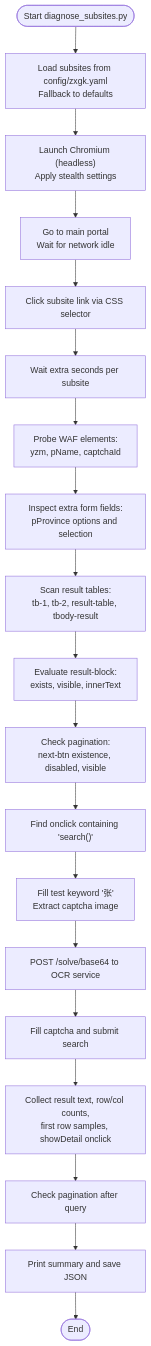
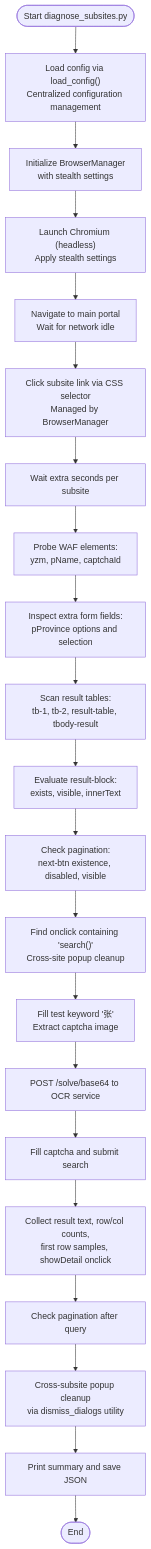
The third of 8 diagrams in .qoder/repowiki/en/content/System Diagnostics.md (supotato-ipj/zxgk_auto_query-skill), drawn with Mermaid before and after one commit. The commit also changed other lines of this file and 24 other files, not shown here.

````diff
--- a/.qoder/repowiki/en/content/System Diagnostics.md
+++ b/.qoder/repowiki/en/content/System Diagnostics.md
@@ -160,21 +182,23 @@
 ```mermaid
 flowchart TD
-Start(["Start diagnose_subsites.py"]) --> LoadCfg["Load subsites from config/zxgk.yaml<br/>Fallback to defaults"]
-LoadCfg --> LaunchBrowser["Launch Chromium (headless)<br/>Apply stealth settings"]
-LaunchBrowser --> Navigate["Go to main portal<br/>Wait for network idle"]
-Navigate --> ClickSubsite["Click subsite link via CSS selector"]
+Start(["Start diagnose_subsites.py"]) --> LoadCfg["Load config via load_config()<br/>Centralized configuration management"]
+LoadCfg --> InitBM["Initialize BrowserManager<br/>with stealth settings"]
+InitBM --> LaunchBrowser["Launch Chromium (headless)<br/>Apply stealth settings"]
+LaunchBrowser --> Navigate["Navigate to main portal<br/>Wait for network idle"]
+Navigate --> ClickSubsite["Click subsite link via CSS selector<br/>Managed by BrowserManager"]
 ClickSubsite --> WaitExtra["Wait extra seconds per subsite"]
 WaitExtra --> ProbeWAF["Probe WAF elements:<br/>yzm, pName, captchaId"]
 ProbeWAF --> FormFields["Inspect extra form fields:<br/>pProvince options and selection"]
 FormFields --> TableScan["Scan result tables:<br/>tb-1, tb-2, result-table, tbody-result"]
 TableScan --> ResultBlock["Evaluate result-block:<br/>exists, visible, innerText"]
 ResultBlock --> Pagination["Check pagination:<br/>next-btn existence, disabled, visible"]
-Pagination --> SearchHandler["Find onclick containing 'search()'"]
+Pagination --> SearchHandler["Find onclick containing 'search()'<br/>Cross-site popup cleanup"]
 SearchHandler --> TestSearch["Fill test keyword '张'<br/>Extract captcha image"]
 TestSearch --> OCRAPI["POST /solve/base64 to OCR service"]
 OCRAPI --> FillCaptcha["Fill captcha and submit search"]
 FillCaptcha --> CollectResults["Collect result text, row/col counts,<br/>first row samples, showDetail onclick"]
 CollectResults --> PostPagination["Check pagination after query"]
-PostPagination --> Summarize["Print summary and save JSON"]
+PostPagination --> Cleanup["Cross-subsite popup cleanup<br/>via dismiss_dialogs utility"]
+Cleanup --> Summarize["Print summary and save JSON"]
 Summarize --> End(["End"])
 ```
````
